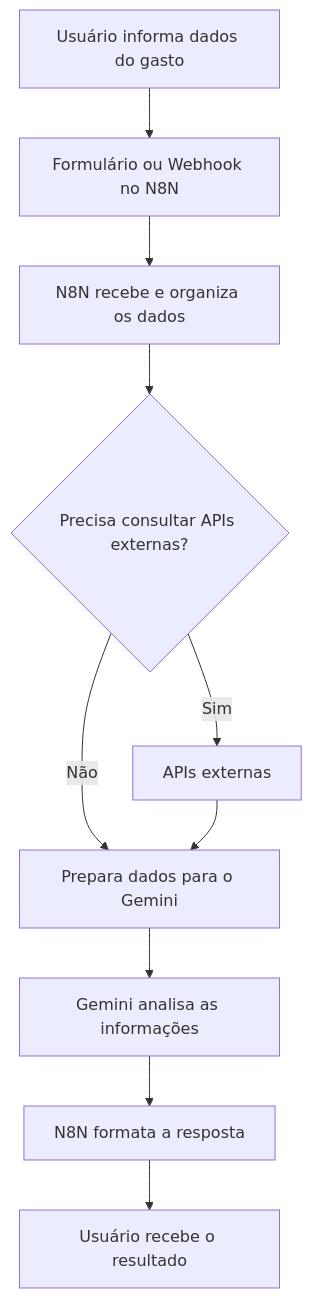
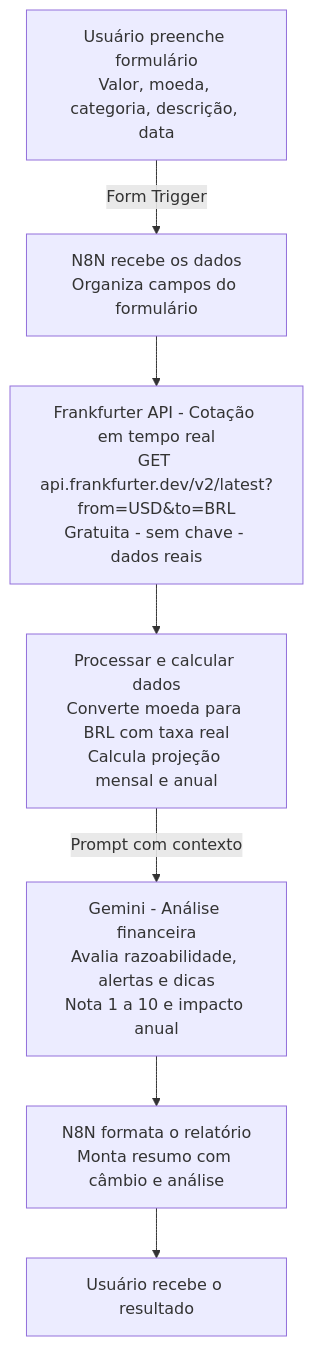
Before and after one commit to izabellevitorias/assistente-financeiro: the diagram in README.md, drawn with Mermaid.

````diff
--- a/README.md
+++ b/README.md
@@ -23,12 +23,17 @@
 ```mermaid
 flowchart TD
-    A[Usuário informa dados do gasto] --> B[Formulário ou Webhook no N8N]
-    B --> C[N8N recebe e organiza os dados]
-    C --> D{Precisa consultar APIs externas?}
-    D -->|Sim| E[APIs externas]
-    D -->|Não| F[Prepara dados para o Gemini]
-    E --> F[Prepara dados para o Gemini]
-    F --> G[Gemini analisa as informações]
-    G --> H[N8N formata a resposta]
-    H --> I[Usuário recebe o resultado]
+    A[Usuário preenche formulário<br>Valor, moeda, categoria, descrição, data]
+    B[N8N recebe os dados<br>Organiza campos do formulário]
+    C[Frankfurter API - Cotação em tempo real<br>GET api.frankfurter.dev/v2/latest?from=USD&to=BRL<br>Gratuita - sem chave - dados reais]
+    D[Processar e calcular dados<br>Converte moeda para BRL com taxa real<br>Calcula projeção mensal e anual]
+    E[Gemini - Análise financeira<br>Avalia razoabilidade, alertas e dicas<br>Nota 1 a 10 e impacto anual]
+    F[N8N formata o relatório<br>Monta resumo com câmbio e análise]
+    G[Usuário recebe o resultado]
+
+    A -->|Form Trigger| B
+    B --> C
+    C --> D
+    D -->|Prompt com contexto| E
+    E --> F
+    F --> G
 ```
````
